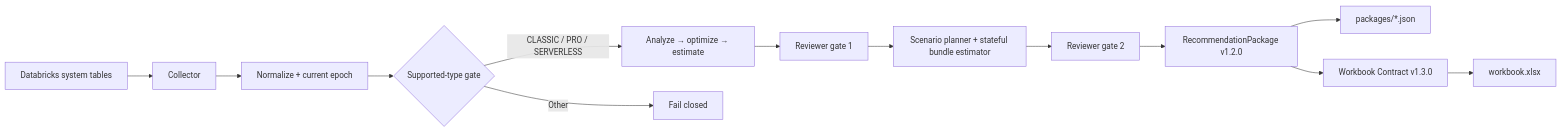
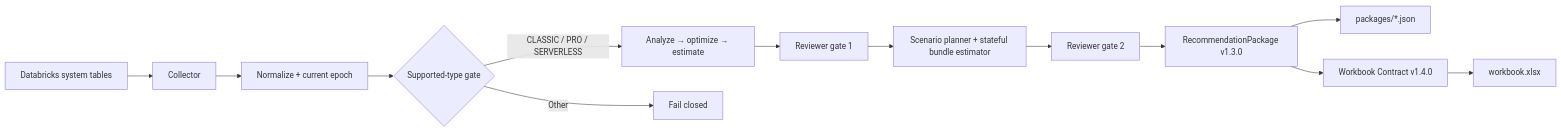
Before and after one commit to thiaga-gk/expert-funicular: the diagram in README.md, drawn with Mermaid. The commit also changed other lines of this file and 23 other files, not shown here.

````diff
--- a/README.md
+++ b/README.md
@@ -16,15 +16,15 @@
 ```mermaid
 flowchart LR
     ST[Databricks system tables] --> C[Collector]
     C --> N[Normalize + current epoch]
     N --> G{Supported-type gate}
     G -->|CLASSIC / PRO / SERVERLESS| A[Analyze → optimize → estimate]
     G -->|Other| X[Fail closed]
     A --> R1[Reviewer gate 1]
     R1 --> S[Scenario planner + stateful bundle estimator]
     S --> R2[Reviewer gate 2]
-    R2 --> P[RecommendationPackage v1.2.0]
+    R2 --> P[RecommendationPackage v1.3.0]
     P --> J[packages/*.json]
-    P --> W[Workbook Contract v1.3.0]
+    P --> W[Workbook Contract v1.4.0]
     W --> X1[workbook.xlsx]
 ```
````
